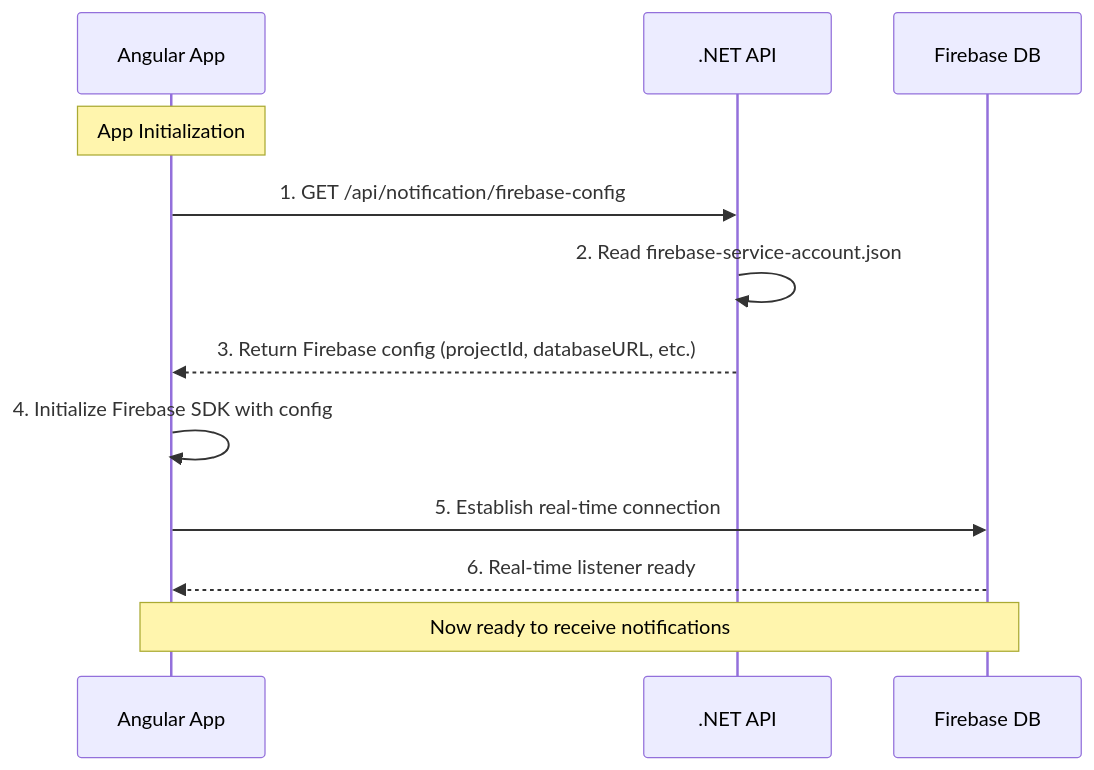
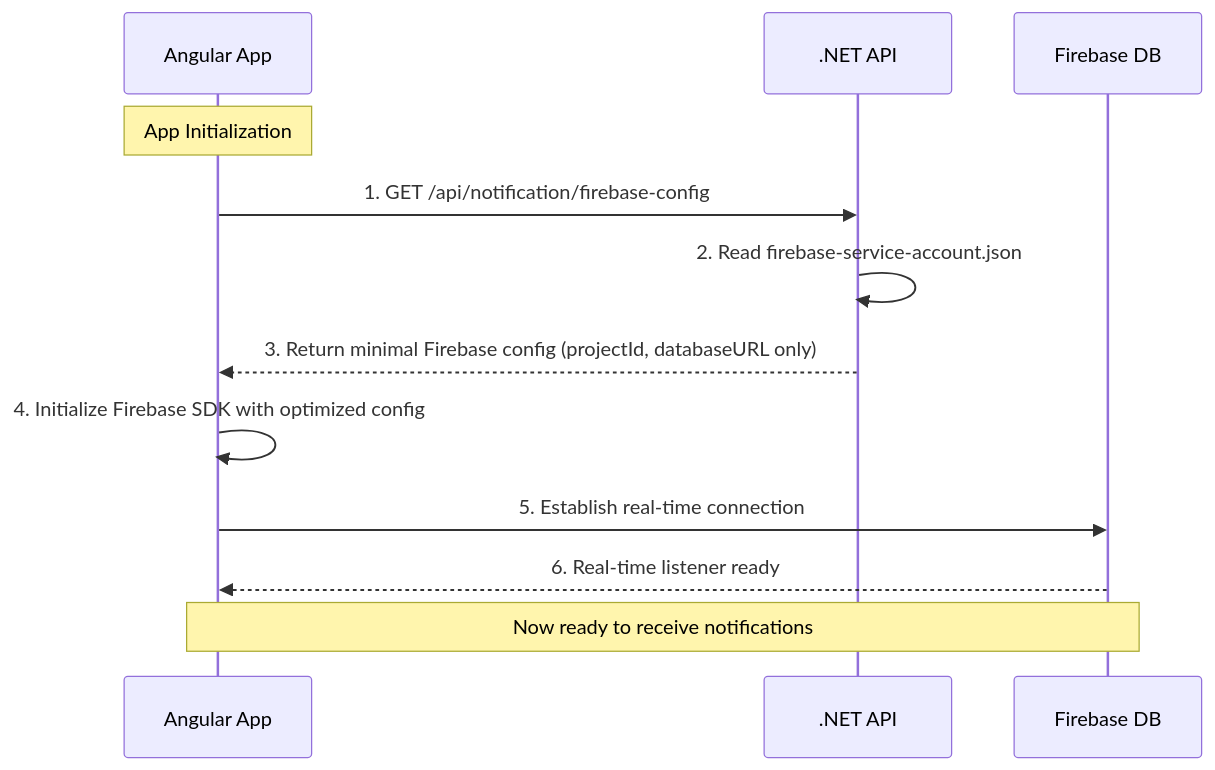
The third of 4 diagrams in README.md (danghieuthang/notification-with-firebase-realtime-database), drawn with Mermaid before and after one commit. The commit also changed other lines of this file and 10 other files, not shown here.

Commit message:
Refactor Firebase integration for optimized configuration and enhanced user privacy; implement hashed user IDs in notification paths and update registration response structure.

````diff
--- a/README.md
+++ b/README.md
@@ -113,15 +113,15 @@
 ```mermaid
 sequenceDiagram
     participant A as Angular App
     participant API as .NET API
     participant F as Firebase DB
     
     Note over A: App Initialization
     A->>API: 1. GET /api/notification/firebase-config
     API->>API: 2. Read firebase-service-account.json
-    API-->>A: 3. Return Firebase config (projectId, databaseURL, etc.)
-    A->>A: 4. Initialize Firebase SDK with config
+    API-->>A: 3. Return minimal Firebase config (projectId, databaseURL only)
+    A->>A: 4. Initialize Firebase SDK with optimized config
     A->>F: 5. Establish real-time connection
     F-->>A: 6. Real-time listener ready
     Note over A,F: Now ready to receive notifications
 ```
````
